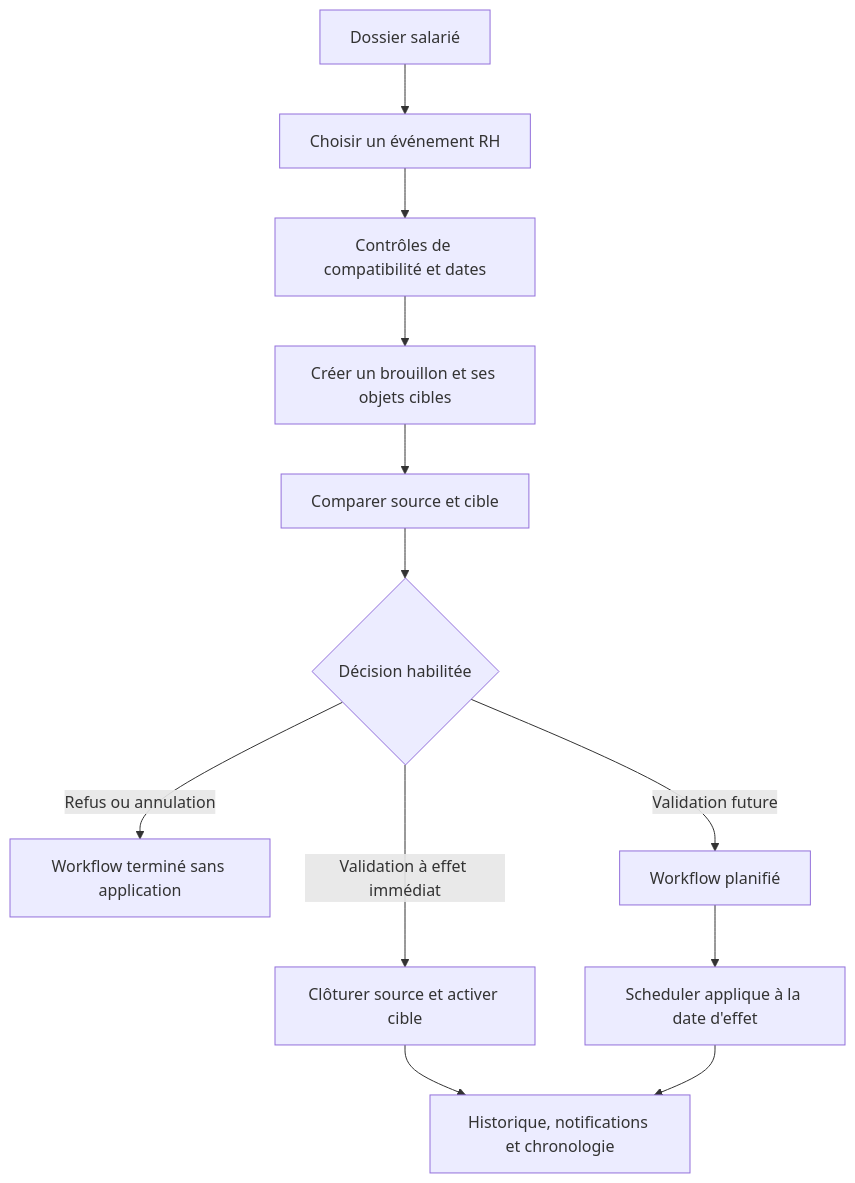
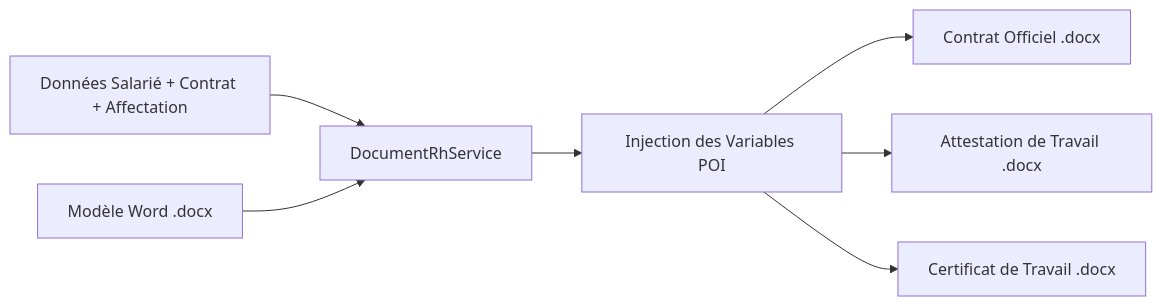
One commit to Tnyaina/GALAXAM-SIRH changed the second of 2 diagrams in backend/docs/boky/module-employe-carriere.md. Above: the diagram before and after it, drawn with Mermaid. The commit also changed other lines of this file and 103 other files, not shown here.

````diff
--- a/backend/docs/boky/module-employe-carriere.md
+++ b/backend/docs/boky/module-employe-carriere.md
@@ -75,14 +349,9 @@
 ```mermaid
-flowchart TD
-    A[Dossier salarié] --> B[Choisir un événement RH]
-    B --> C[Contrôles de compatibilité et dates]
-    C --> D[Créer un brouillon et ses objets cibles]
-    D --> E[Comparer source et cible]
-    E --> F{Décision habilitée}
-    F -->|Refus ou annulation| G[Workflow terminé sans application]
-    F -->|Validation future| H[Workflow planifié]
-    F -->|Validation à effet immédiat| I[Clôturer source et activer cible]
-    H --> J[Scheduler applique à la date d'effet]
-    I --> K[Historique, notifications et chronologie]
-    J --> K
+flowchart LR
+    A[Données Salarié + Contrat + Affectation] --> B[DocumentRhService]
+    T[Modèle Word .docx] --> B
+    B --> C[Injection des Variables POI]
+    C --> D[Contrat Officiel .docx]
+    C --> E[Attestation de Travail .docx]
+    C --> F[Certificat de Travail .docx]
 ```
````
